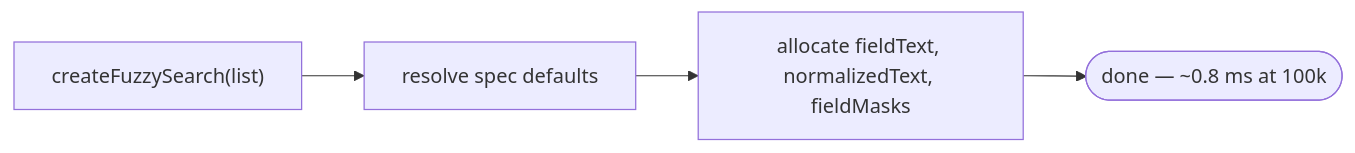
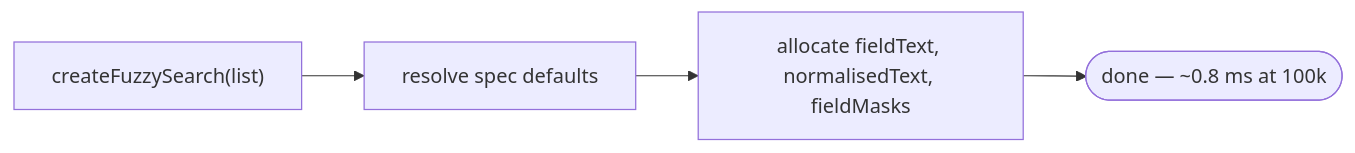
The first of 2 diagrams in docs/pipeline.md (MMMikeM/krino), drawn with Mermaid before and after one commit. The commit also changed other lines of this file and 7 other files, not shown here.

````diff
--- a/docs/pipeline.md
+++ b/docs/pipeline.md
@@ -11,6 +11,6 @@
 ```mermaid
 flowchart LR
     L["createFuzzySearch(list)"] --> S["resolve spec defaults"]
-    S --> B["allocate fieldText, normalizedText, fieldMasks"]
+    S --> B["allocate fieldText, normalisedText, fieldMasks"]
     B --> D(["done — ~0.8 ms at 100k"])
 ```
````
